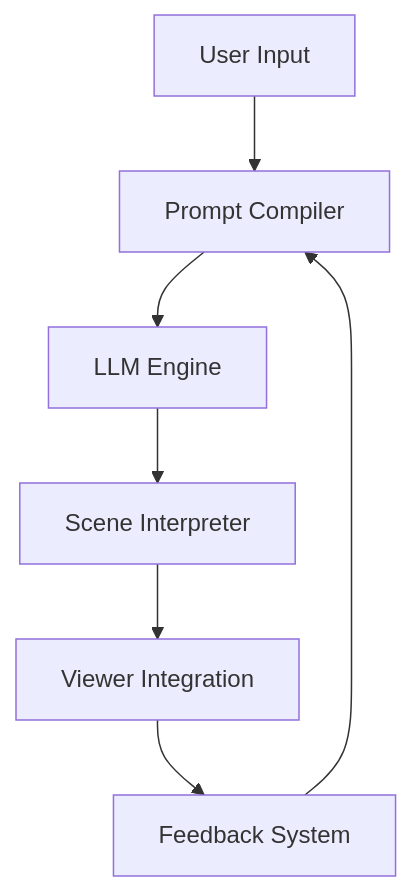
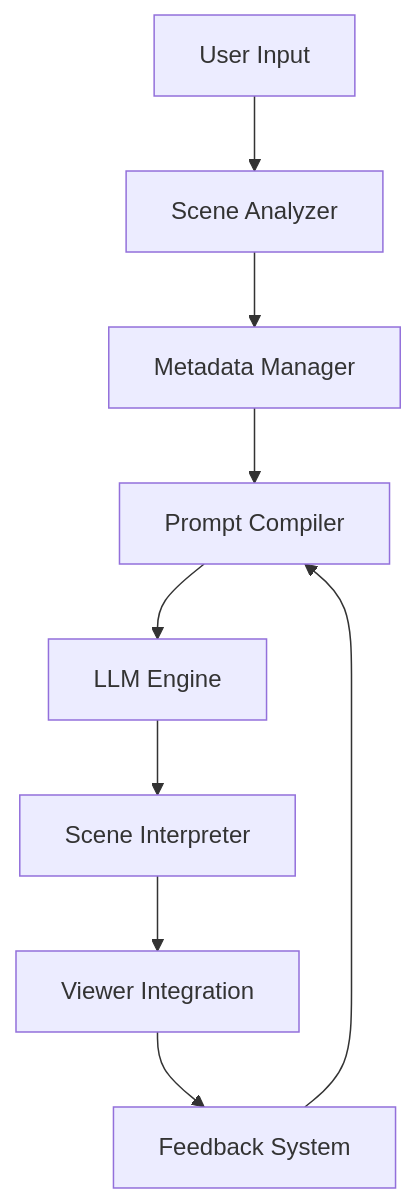
Before and after one commit to mcfwalker/qwkshot: the diagram in docs/features/p2p/ARCHITECTURE.md, drawn with Mermaid. The commit also changed other lines of this file and 14 other files, not shown here.

First line of the commit message:
feat(p2p): implement core pipeline architecture and types

````diff
--- a/docs/features/p2p/ARCHITECTURE.md
+++ b/docs/features/p2p/ARCHITECTURE.md
@@ -55,9 +73,11 @@
 ```mermaid
 graph TD
-    A[User Input] --> B[Prompt Compiler]
-    B --> C[LLM Engine]
-    C --> D[Scene Interpreter]
-    D --> E[Viewer Integration]
-    E --> F[Feedback System]
-    F --> B
+    A[User Input] --> B[Scene Analyzer]
+    B --> C[Metadata Manager]
+    C --> D[Prompt Compiler]
+    D --> E[LLM Engine]
+    E --> F[Scene Interpreter]
+    F --> G[Viewer Integration]
+    G --> H[Feedback System]
+    H --> D
 ```
````
